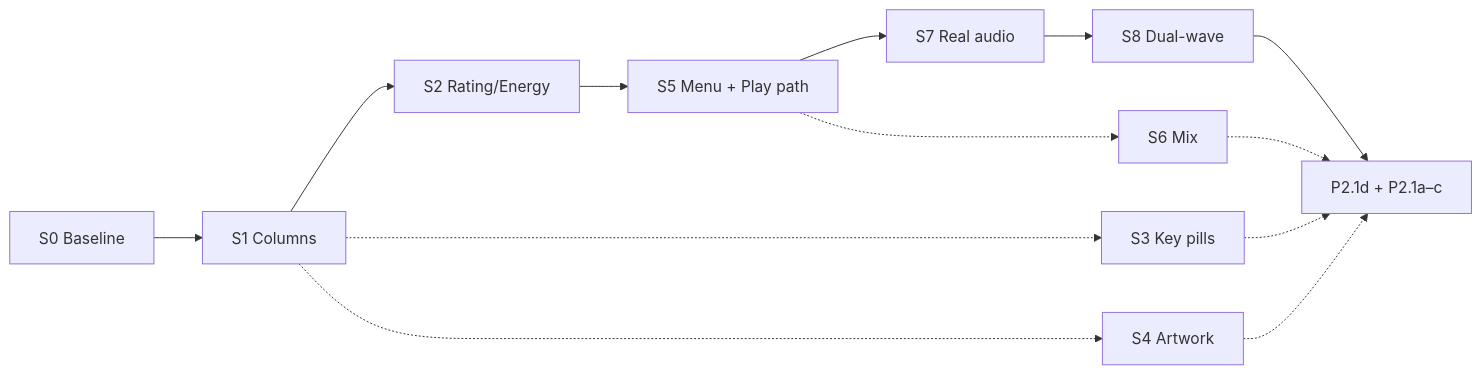
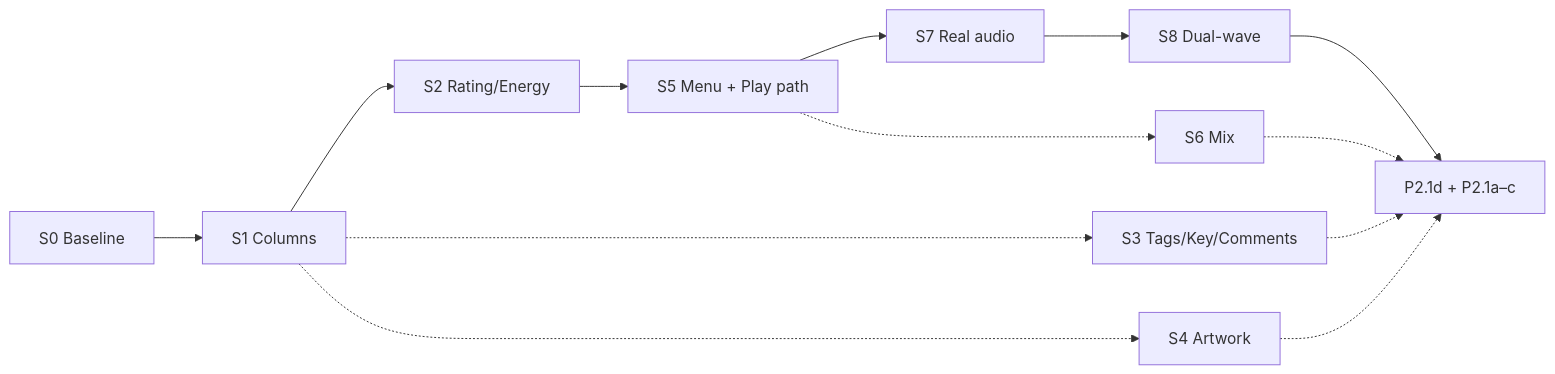
The ninth of 9 diagrams in docs/diagrams/16-phase2-library-player-deps.md (iDorgham/DJ-Assistant), drawn with Mermaid before and after one commit. The commit also changed other lines of this file and 20 other files, not shown here.

````diff
--- a/docs/diagrams/16-phase2-library-player-deps.md
+++ b/docs/diagrams/16-phase2-library-player-deps.md
@@ -344,16 +344,16 @@
 ```mermaid
 flowchart LR
   S0[S0 Baseline] --> S1[S1 Columns]
   S1 --> S2[S2 Rating/Energy]
   S2 --> S5[S5 Menu + Play path]
   S5 --> S7[S7 Real audio]
   S7 --> S8[S8 Dual-wave]
   S8 --> GATE[P2.1d + P2.1a–c]
 
-  S1 -.-> S3[S3 Key pills]
+  S1 -.-> S3[S3 Tags/Key/Comments]
   S3 -.-> GATE
   S1 -.-> S4[S4 Artwork]
   S4 -.-> GATE
   S5 -.-> S6[S6 Mix]
   S6 -.-> GATE
 ```
````
